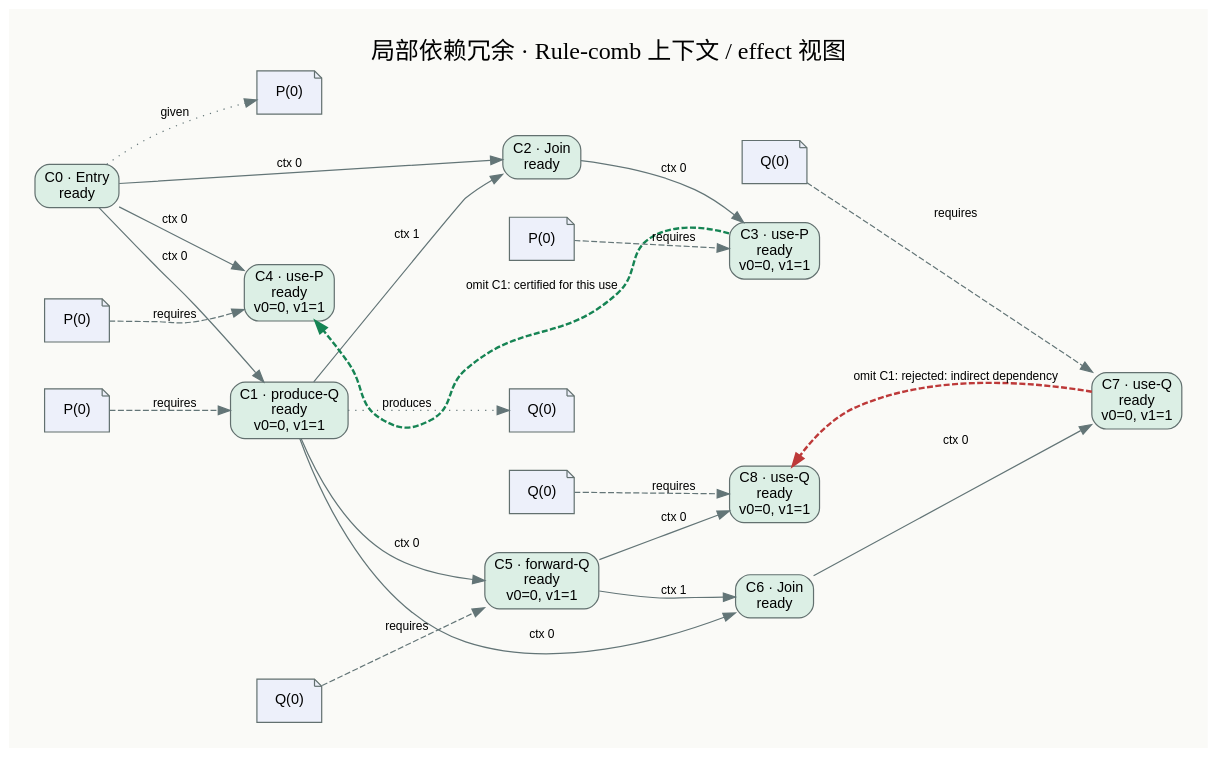
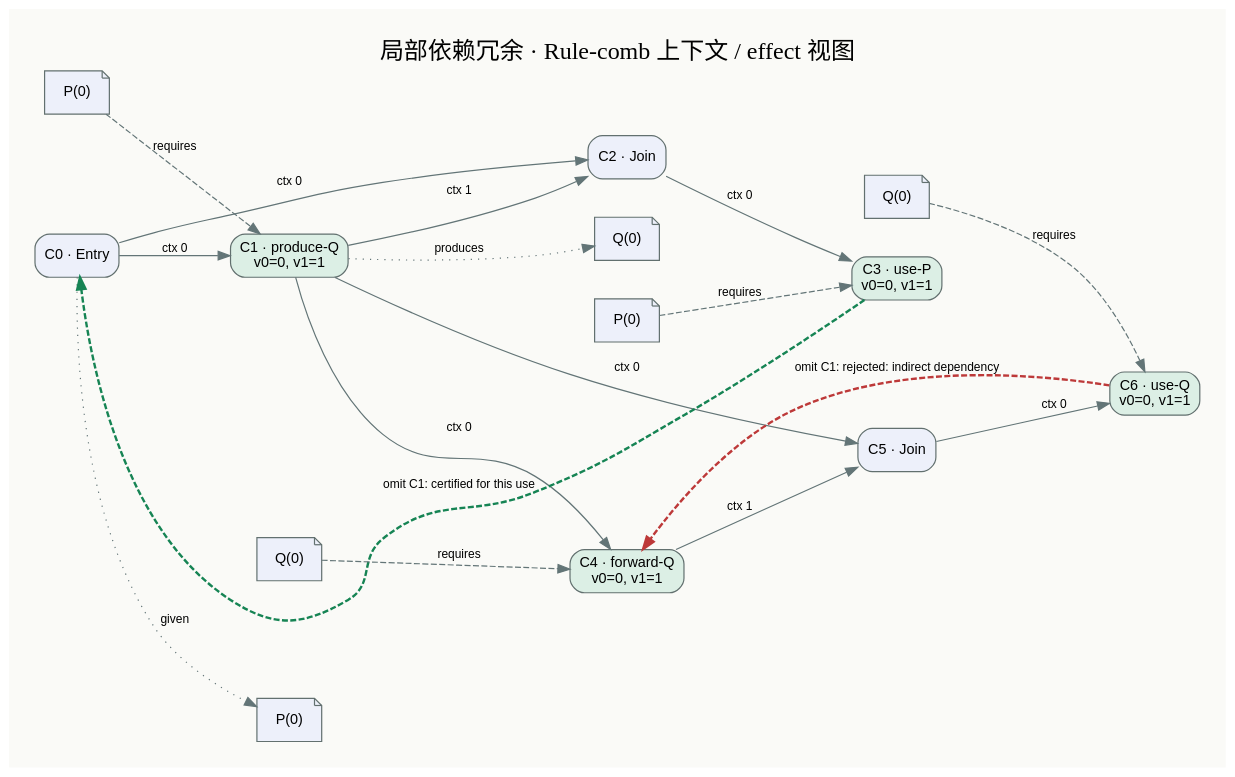
One commit to MilkBlock/fractal_egraph changed the diagram in experiments/tier1_effects/redundancy.dot. Above: the diagram before and after it, drawn with Graphviz. The commit also changed 32 other files, not shown here.

```diff
--- a/experiments/tier1_effects/redundancy.dot
+++ b/experiments/tier1_effects/redundancy.dot
@@ -1,43 +1,35 @@
 digraph G {
 graph [rankdir=LR,bgcolor="#fafaf7",pad=0.3,nodesep=0.45,ranksep=0.8];
 node [fontname="Arial",fontsize=12,shape=box,style="rounded,filled",color="#62706f"];
 edge [fontname="Arial",fontsize=10,color="#637577"];
 label="局部依赖冗余 · Rule-comb 上下文 / effect 视图";labelloc=t;fontsize=20;
-c0 [label="C0 · Entry\nready",fillcolor="#dcefe5"];
+c0 [label="C0 · Entry",fillcolor="#edf0fa"];
 e0_given_0 [label="P(0)",shape=note,fillcolor="#edf0fa"];
 c0 -> e0_given_0 [style=dotted,label="given"];
-c1 [label="C1 · produce-Q\nready\nv0=0, v1=1",fillcolor="#dcefe5"];
+c1 [label="C1 · produce-Q\nv0=0, v1=1",fillcolor="#dcefe5"];
 c0 -> c1 [label="ctx 0"];
 e1_requires_0 [label="P(0)",shape=note,fillcolor="#edf0fa"];
 e1_requires_0 -> c1 [style=dashed,label="requires"];
 e1_produces_0 [label="Q(0)",shape=note,fillcolor="#edf0fa"];
 c1 -> e1_produces_0 [style=dotted,label="produces"];
-c2 [label="C2 · Join\nready",fillcolor="#dcefe5"];
+c2 [label="C2 · Join",fillcolor="#edf0fa"];
 c0 -> c2 [label="ctx 0"];
 c1 -> c2 [label="ctx 1"];
-c3 [label="C3 · use-P\nready\nv0=0, v1=1",fillcolor="#dcefe5"];
+c3 [label="C3 · use-P\nv0=0, v1=1",fillcolor="#dcefe5"];
 c2 -> c3 [label="ctx 0"];
 e3_requires_0 [label="P(0)",shape=note,fillcolor="#edf0fa"];
 e3_requires_0 -> c3 [style=dashed,label="requires"];
-c4 [label="C4 · use-P\nready\nv0=0, v1=1",fillcolor="#dcefe5"];
-c0 -> c4 [label="ctx 0"];
-e4_requires_0 [label="P(0)",shape=note,fillcolor="#edf0fa"];
+c4 [label="C4 · forward-Q\nv0=0, v1=1",fillcolor="#dcefe5"];
+c1 -> c4 [label="ctx 0"];
+e4_requires_0 [label="Q(0)",shape=note,fillcolor="#edf0fa"];
 e4_requires_0 -> c4 [style=dashed,label="requires"];
-c5 [label="C5 · forward-Q\nready\nv0=0, v1=1",fillcolor="#dcefe5"];
+c5 [label="C5 · Join",fillcolor="#edf0fa"];
 c1 -> c5 [label="ctx 0"];
-e5_requires_0 [label="Q(0)",shape=note,fillcolor="#edf0fa"];
-e5_requires_0 -> c5 [style=dashed,label="requires"];
-c6 [label="C6 · Join\nready",fillcolor="#dcefe5"];
-c1 -> c6 [label="ctx 0"];
-c5 -> c6 [label="ctx 1"];
-c7 [label="C7 · use-Q\nready\nv0=0, v1=1",fillcolor="#dcefe5"];
-c6 -> c7 [label="ctx 0"];
-e7_requires_0 [label="Q(0)",shape=note,fillcolor="#edf0fa"];
-e7_requires_0 -> c7 [style=dashed,label="requires"];
-c8 [label="C8 · use-Q\nready\nv0=0, v1=1",fillcolor="#dcefe5"];
-c5 -> c8 [label="ctx 0"];
-e8_requires_0 [label="Q(0)",shape=note,fillcolor="#edf0fa"];
-e8_requires_0 -> c8 [style=dashed,label="requires"];
-c3 -> c4 [constraint=false,color="#168454",penwidth=2,style=dashed,label="omit C1: certified for this use"];
-c7 -> c8 [constraint=false,color="#bd3939",penwidth=2,style=dashed,label="omit C1: rejected: indirect dependency"];
+c4 -> c5 [label="ctx 1"];
+c6 [label="C6 · use-Q\nv0=0, v1=1",fillcolor="#dcefe5"];
+c5 -> c6 [label="ctx 0"];
+e6_requires_0 [label="Q(0)",shape=note,fillcolor="#edf0fa"];
+e6_requires_0 -> c6 [style=dashed,label="requires"];
+c3 -> c0 [constraint=false,color="#168454",penwidth=2,style=dashed,label="omit C1: certified for this use"];
+c6 -> c4 [constraint=false,color="#bd3939",penwidth=2,style=dashed,label="omit C1: rejected: indirect dependency"];
 }
```
